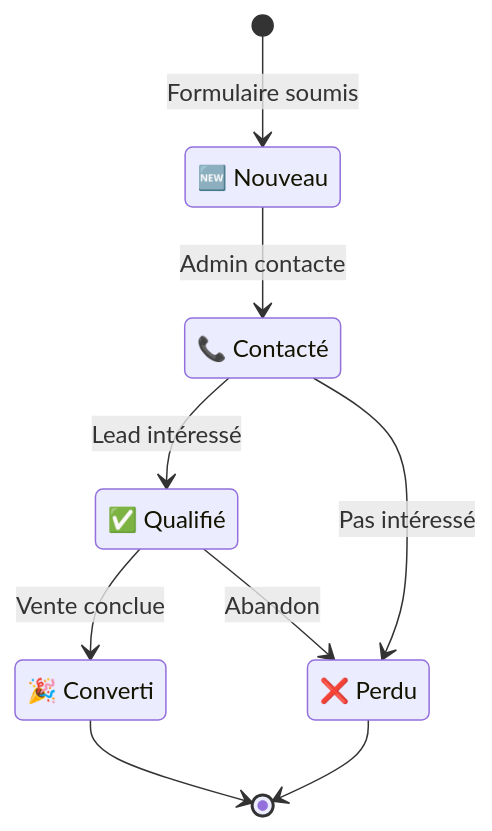
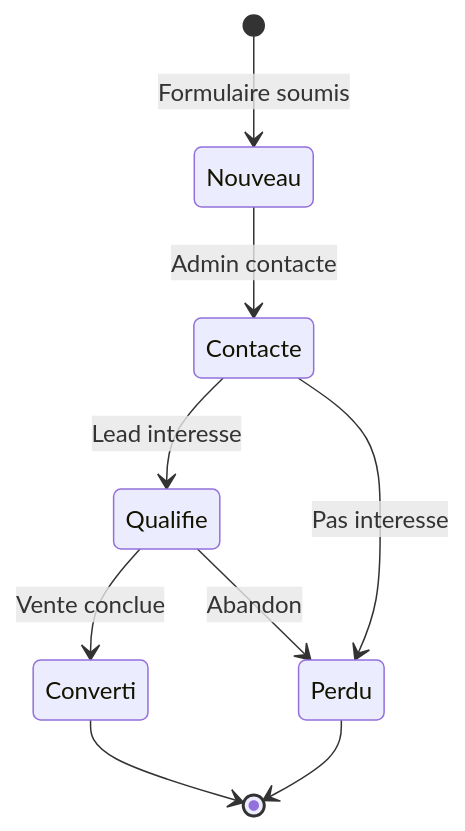
One commit to hrhouma1/inskillflow-docs-formation-spring-boot-projet-e-contact-backend changed the seventh of 9 diagrams in troubleshooting/20-deploiement-final-et-architecture-mermaid.md. Above: the diagram before and after it, drawn with Mermaid. The commit also changed other lines of this file, not shown here.

````diff
--- a/troubleshooting/20-deploiement-final-et-architecture-mermaid.md
+++ b/troubleshooting/20-deploiement-final-et-architecture-mermaid.md
@@ -233,17 +233,17 @@
 ```mermaid
 stateDiagram-v2
     [*] --> NEW: Formulaire soumis
     NEW --> CONTACTED: Admin contacte
-    CONTACTED --> QUALIFIED: Lead intéressé
-    CONTACTED --> LOST: Pas intéressé
+    CONTACTED --> QUALIFIED: Lead interesse
+    CONTACTED --> LOST: Pas interesse
     QUALIFIED --> CONVERTED: Vente conclue
     QUALIFIED --> LOST: Abandon
     CONVERTED --> [*]
     LOST --> [*]
 
-    NEW: 🆕 Nouveau
-    CONTACTED: 📞 Contacté
-    QUALIFIED: ✅ Qualifié
-    CONVERTED: 🎉 Converti
-    LOST: ❌ Perdu
+    NEW: Nouveau
+    CONTACTED: Contacte
+    QUALIFIED: Qualifie
+    CONVERTED: Converti
+    LOST: Perdu
 ```
````
